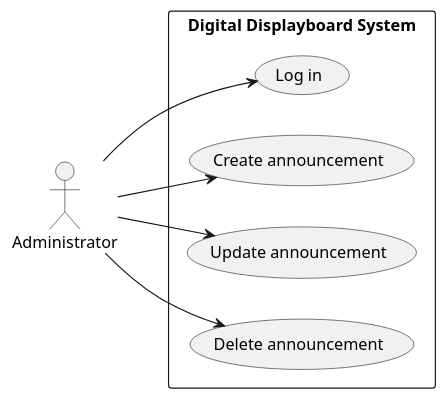
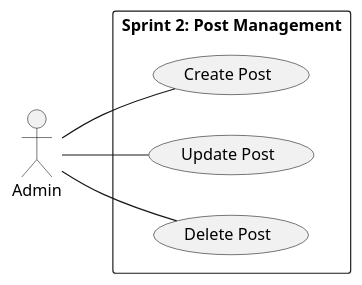
Before and after one commit to AbderrafieElmrabet/red-thread-project: the diagram in planning/use case diagram/use-case-diagram-sprint2.puml, drawn with PlantUML. The commit also changed other lines of this file and 6 other files, not shown here.

```diff
--- a/planning/use case diagram/use-case-diagram-sprint2.puml
+++ b/planning/use case diagram/use-case-diagram-sprint2.puml
@@ -2,12 +1,10 @@
 @startuml
+actor Admin
 left to right direction
+rectangle "Sprint 2: Post Management" {
+    Admin -- (Create Post)
+    Admin -- (Update Post)
+    Admin -- (Delete Post)
+}
 
-actor Administrator
-
-rectangle "Digital Displayboard System" {
-    Administrator --> (Log in)
-    Administrator --> (Create announcement)
-    Administrator --> (Update announcement)
-    Administrator --> (Delete announcement)
-}
 @enduml
```
